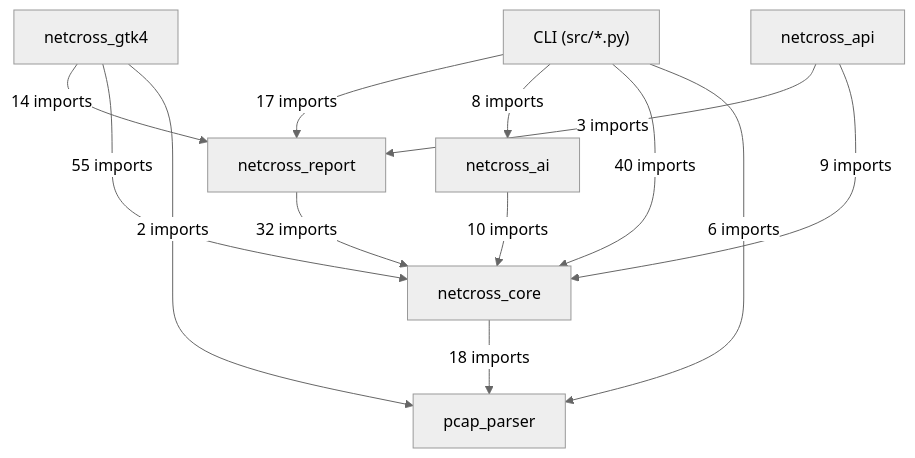
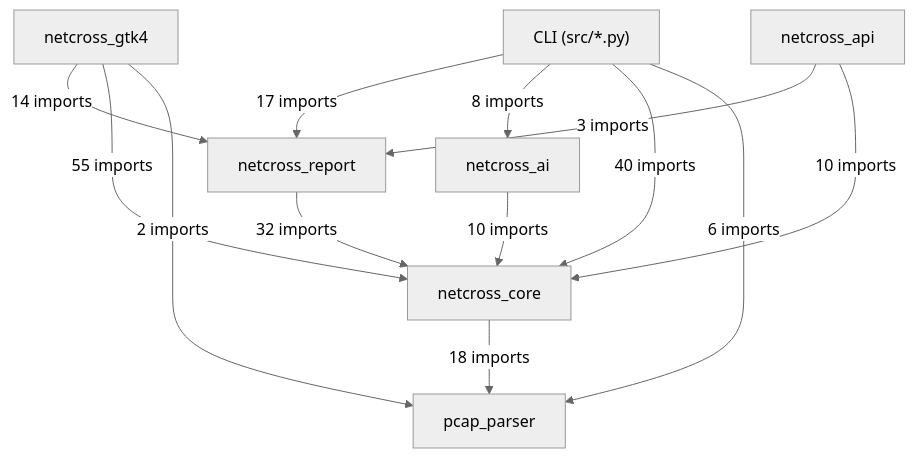
One commit to Mathide-Team/Netcross changed the first of 19 diagrams in docs/class-diagram.md. Above: the diagram before and after it, drawn with Mermaid (neutral theme). The commit also changed other lines of this file and 5 other files, not shown here.

````diff
--- a/docs/class-diagram.md
+++ b/docs/class-diagram.md
@@ -26,22 +26,22 @@
 ```mermaid
 flowchart TD
     CLI["CLI (src/*.py)"]
     netcross_gtk4["netcross_gtk4"]
     netcross_api["netcross_api"]
     netcross_report["netcross_report"]
     netcross_ai["netcross_ai"]
     netcross_core["netcross_core"]
     pcap_parser["pcap_parser"]
     CLI -->|"17 imports"| netcross_report
     CLI -->|"8 imports"| netcross_ai
     CLI -->|"40 imports"| netcross_core
     CLI -->|"6 imports"| pcap_parser
     netcross_gtk4 -->|"14 imports"| netcross_report
     netcross_gtk4 -->|"55 imports"| netcross_core
     netcross_gtk4 -->|"2 imports"| pcap_parser
     netcross_api -->|"3 imports"| netcross_report
-    netcross_api -->|"9 imports"| netcross_core
+    netcross_api -->|"10 imports"| netcross_core
     netcross_report -->|"32 imports"| netcross_core
     netcross_ai -->|"10 imports"| netcross_core
     netcross_core -->|"18 imports"| pcap_parser
 ```
````
